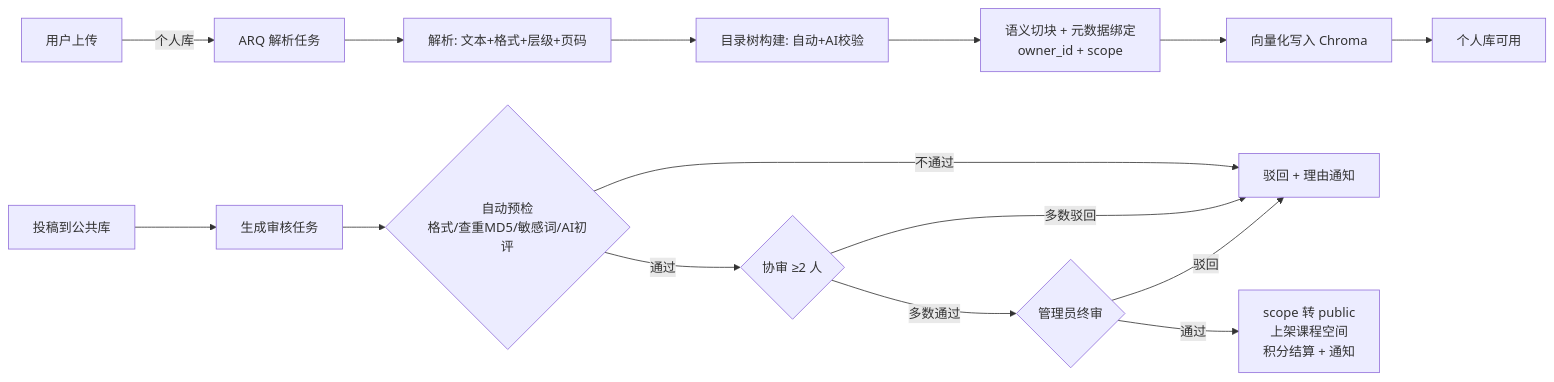
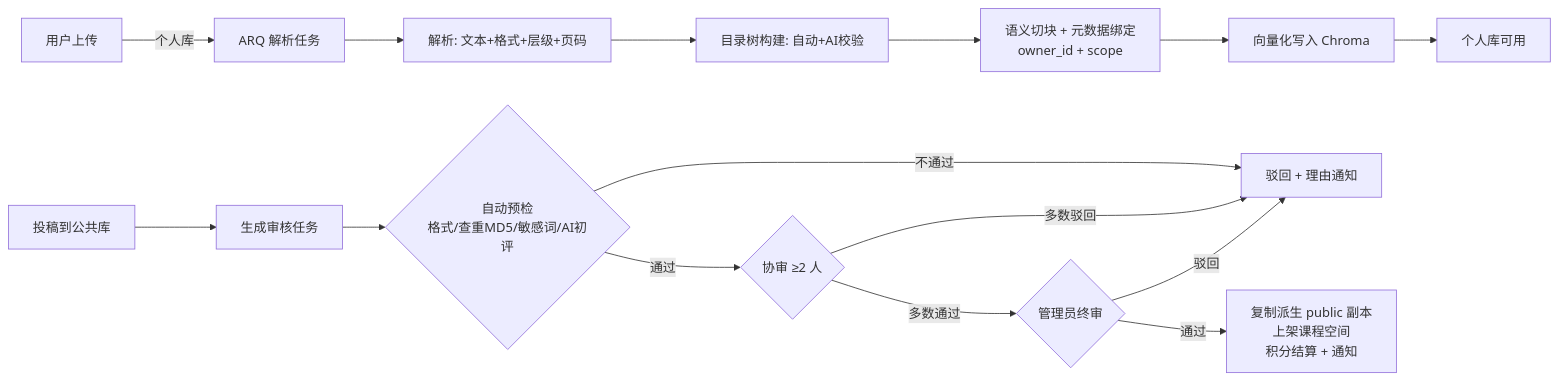
Before and after one commit to Tony142857/KnowIsle: the fourth of 6 diagrams in 知屿-智能课程知识社区-项目文档.md, drawn with Mermaid. The commit also changed other lines of this file and 2 other files, not shown here.

````diff
--- a/知屿-智能课程知识社区-项目文档.md
+++ b/知屿-智能课程知识社区-项目文档.md
@@ -406,16 +407,16 @@
 ```mermaid
 flowchart LR
     U[用户上传] -->|个人库| W[ARQ 解析任务]
     W --> P["解析: 文本+格式+层级+页码"]
     P --> T["目录树构建: 自动+AI校验"]
     T --> C["语义切块 + 元数据绑定<br/>owner_id + scope"]
     C --> V[向量化写入 Chroma] --> OK1[个人库可用]
     U2[投稿到公共库] --> S[生成审核任务]
     S --> A1{"自动预检<br/>格式/查重MD5/敏感词/AI初评"}
     A1 -->|不通过| RJ["驳回 + 理由通知"]
     A1 -->|通过| A2{协审 ≥2 人}
     A2 -->|多数驳回| RJ
     A2 -->|多数通过| A3{管理员终审}
     A3 -->|驳回| RJ
-    A3 -->|通过| OK2["scope 转 public<br/>上架课程空间<br/>积分结算 + 通知"]
+    A3 -->|通过| OK2["复制派生 public 副本<br/>上架课程空间<br/>积分结算 + 通知"]
 ```
````
